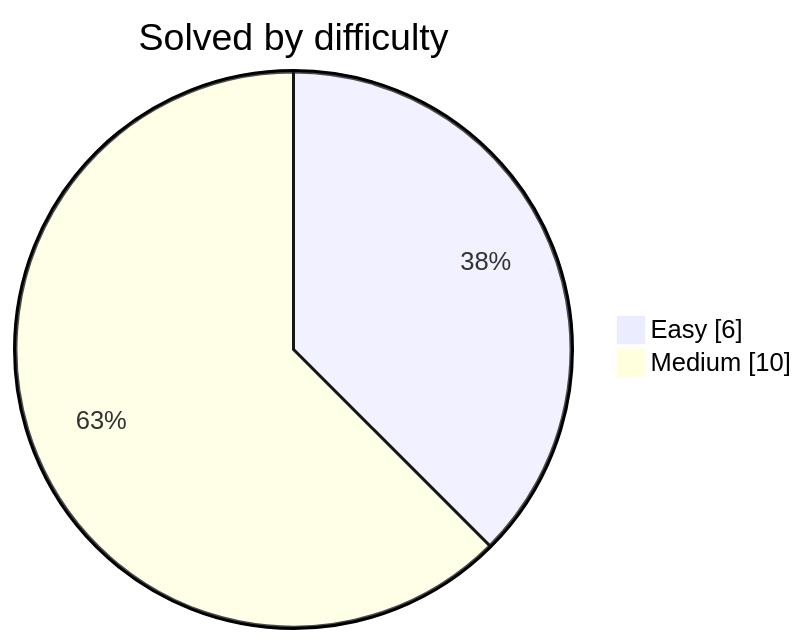
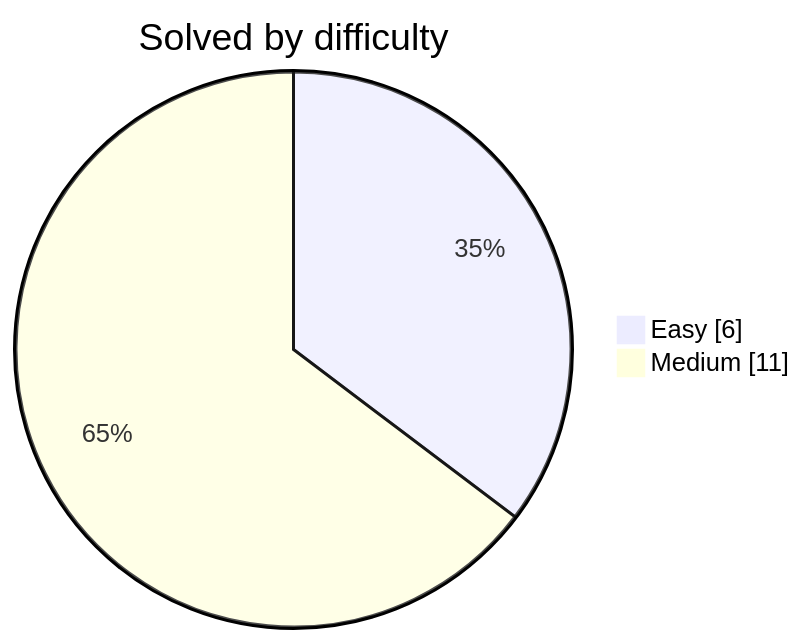
Before and after one commit to DwijeshD/leetcode-solutions: the diagram in README.md, drawn with Mermaid. The commit also changed other lines of this file and 2 other files, not shown here.

````diff
--- a/README.md
+++ b/README.md
@@ -31,6 +31,6 @@
 ```mermaid
 pie showData
     title Solved by difficulty
     "Easy" : 6
-    "Medium" : 10
+    "Medium" : 11
 ```
````
